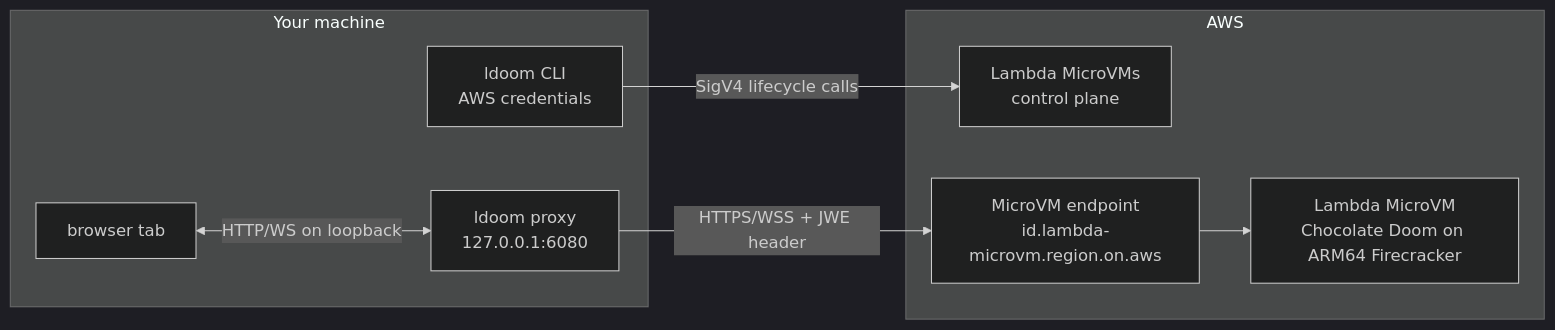
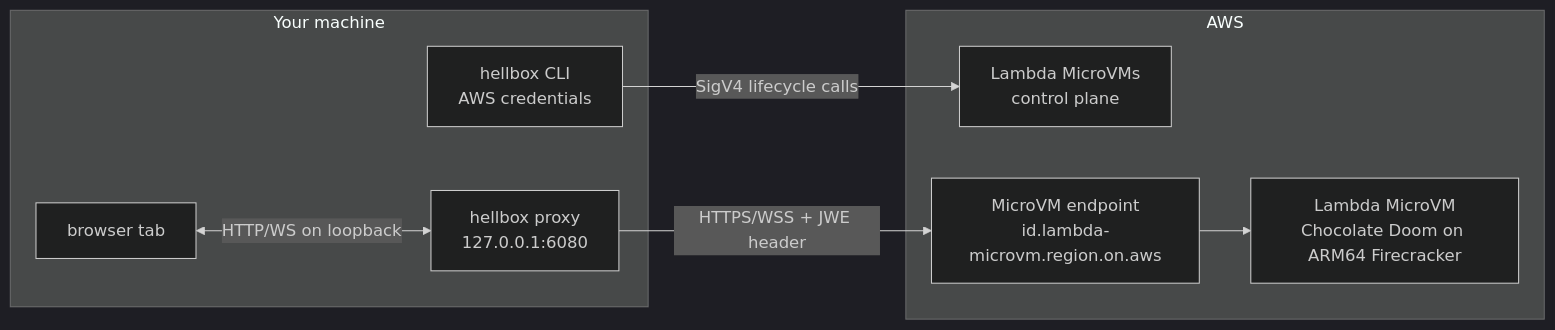
One commit to somoore/hellbox changed the diagram in docs/security.md. Above: the diagram before and after it, drawn with Mermaid (dark theme). The commit also changed other lines of this file and 39 other files, not shown here.

````diff
--- a/docs/security.md
+++ b/docs/security.md
@@ -9,19 +9,19 @@
 ```mermaid
 flowchart LR
     subgraph LOCAL["Your machine"]
         BROWSER["browser tab"]
-        PROXY["ldoom proxy<br/>127.0.0.1:6080"]
-        CLI["ldoom CLI<br/>AWS credentials"]
+        PROXY["hellbox proxy<br/>127.0.0.1:6080"]
+        CLI["hellbox CLI<br/>AWS credentials"]
         BROWSER <-->|HTTP/WS on loopback| PROXY
     end
 
     subgraph AWS["AWS"]
         CONTROL["Lambda MicroVMs<br/>control plane"]
         ENDPOINT["MicroVM endpoint<br/>id.lambda-microvm.region.on.aws"]
         MICROVM["Lambda MicroVM<br/>Chocolate Doom on ARM64 Firecracker"]
     end
 
     CLI -->|SigV4 lifecycle calls| CONTROL
     PROXY -->|HTTPS/WSS + JWE header| ENDPOINT
     ENDPOINT --> MICROVM
 ```
````
